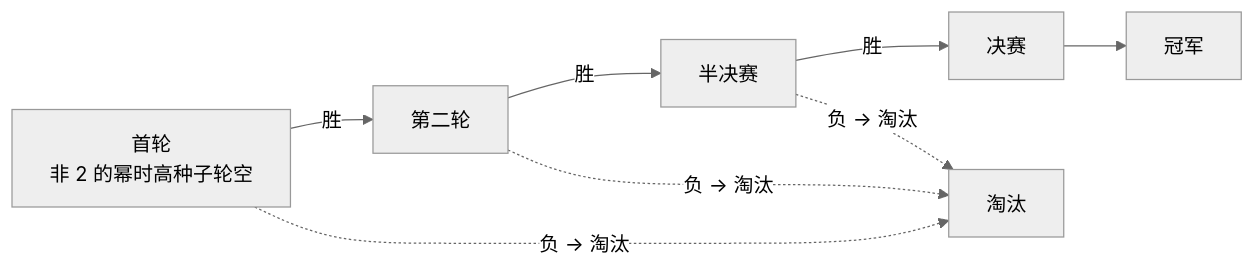
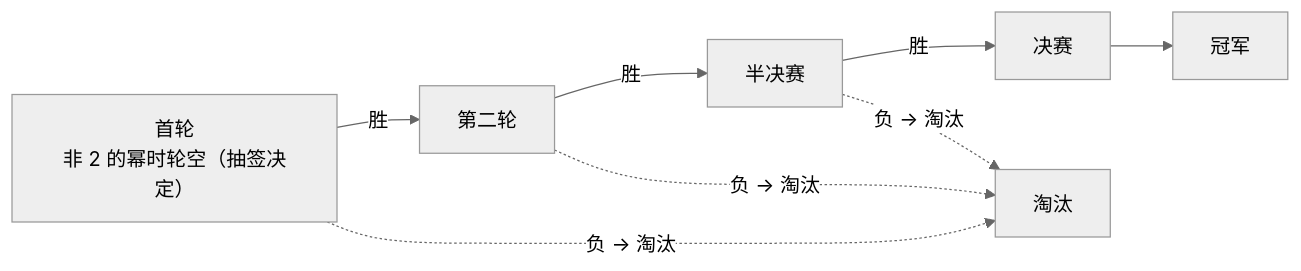
Before and after one commit to Structuretxwd/Match-Schedule: the fourth of 5 diagrams in README.md, drawn with Mermaid (neutral theme). The commit also changed other lines of this file and 5 other files, not shown here.

````diff
--- a/README.md
+++ b/README.md
@@ -165,16 +179,16 @@
 ```mermaid
 flowchart LR
-    R1["首轮<br/>非 2 的幂时高种子轮空"]
+    R1["首轮<br/>非 2 的幂时轮空（抽签决定）"]
     R2["第二轮"]
     SEMI["半决赛"]
     FIN["决赛"]
     CHAMP2["冠军"]
 
     R1 -->|"胜"| R2
     R2 -->|"胜"| SEMI
     SEMI -->|"胜"| FIN
     FIN --> CHAMP2
     R1 -.->|"负 → 淘汰"| OUT2["淘汰"]
     R2 -.->|"负 → 淘汰"| OUT2
     SEMI -.->|"负 → 淘汰"| OUT2
 ```
````
